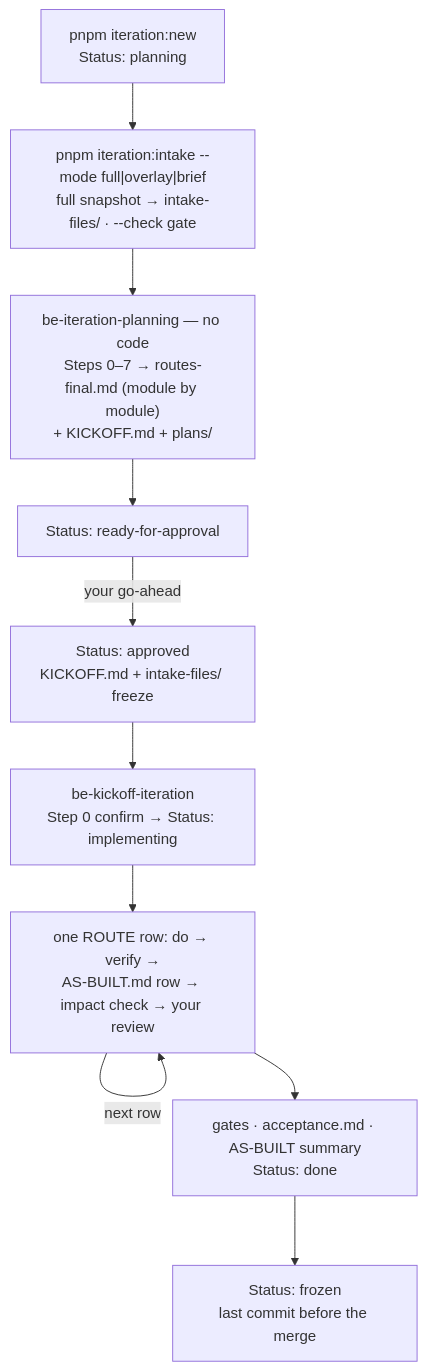
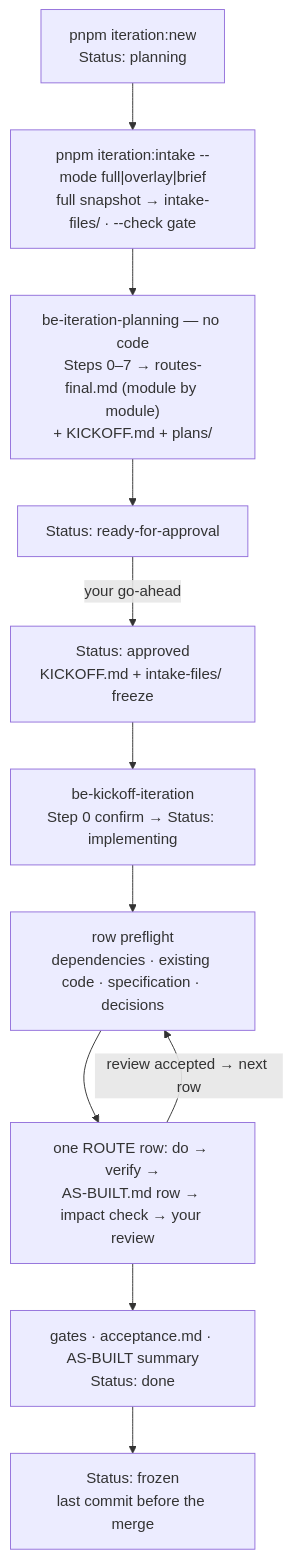
Before and after one commit to albetrios/clinozy-be: the diagram in docs/design-workflow/process/README.md, drawn with Mermaid. The commit also changed other lines of this file and 1 other file, not shown here.

Commit message:
docs: clarify kickoff flow and document ownership

````diff
--- a/docs/design-workflow/process/README.md
+++ b/docs/design-workflow/process/README.md
@@ -10,12 +10,13 @@
 ```mermaid
 flowchart TB
   NEW["pnpm iteration:new<br/>Status: planning"] --> INTAKE["pnpm iteration:intake --mode full|overlay|brief<br/>full snapshot → intake-files/ · --check gate"]
   INTAKE --> PLAN["be-iteration-planning — no code<br/>Steps 0–7 → routes-final.md (module by module)<br/>+ KICKOFF.md + plans/"]
   PLAN --> READY["Status: ready-for-approval"]
   READY -->|your go-ahead| APPROVED["Status: approved<br/>KICKOFF.md + intake-files/ freeze"]
   APPROVED --> KICK["be-kickoff-iteration<br/>Step 0 confirm → Status: implementing"]
-  KICK --> ROW["one ROUTE row: do → verify →<br/>AS-BUILT.md row → impact check → your review"]
-  ROW -->|next row| ROW
+  KICK --> PREFLIGHT["row preflight<br/>dependencies · existing code · specification · decisions"]
+  PREFLIGHT --> ROW["one ROUTE row: do → verify →<br/>AS-BUILT.md row → impact check → your review"]
+  ROW -->|review accepted → next row| PREFLIGHT
   ROW --> DONE["gates · acceptance.md · AS-BUILT summary<br/>Status: done"]
   DONE --> FROZEN["Status: frozen<br/>last commit before the merge"]
 ```
````
